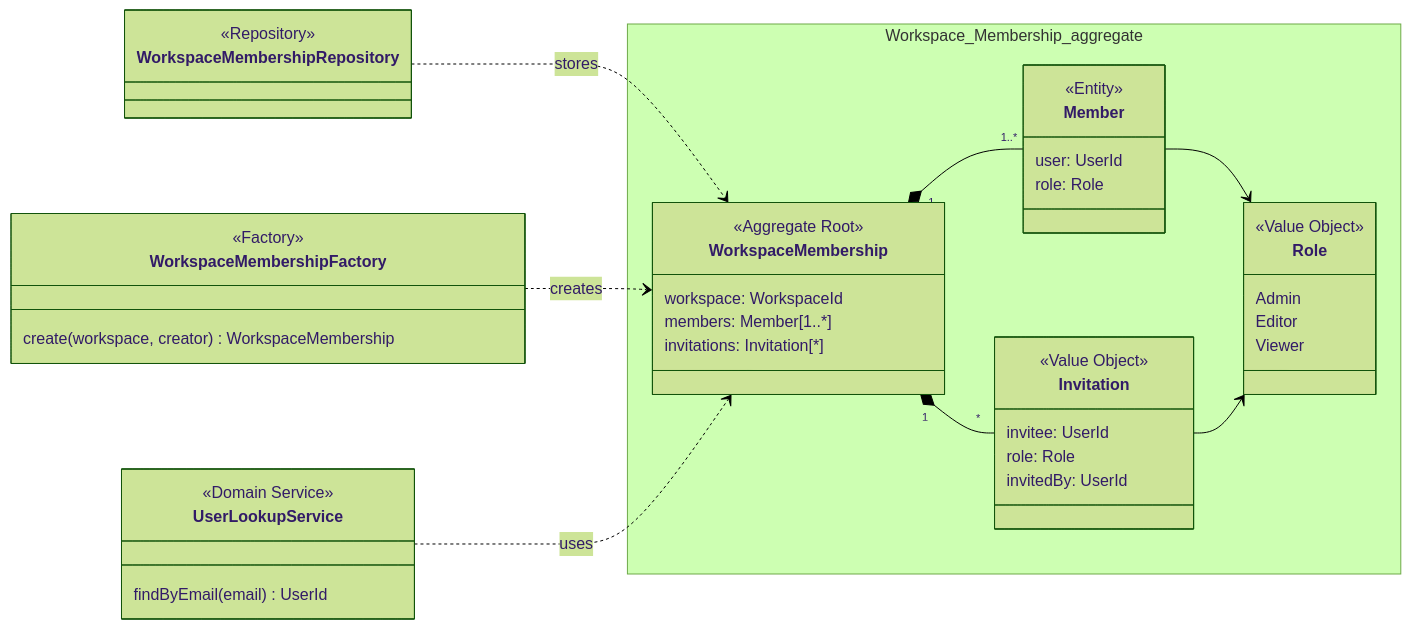
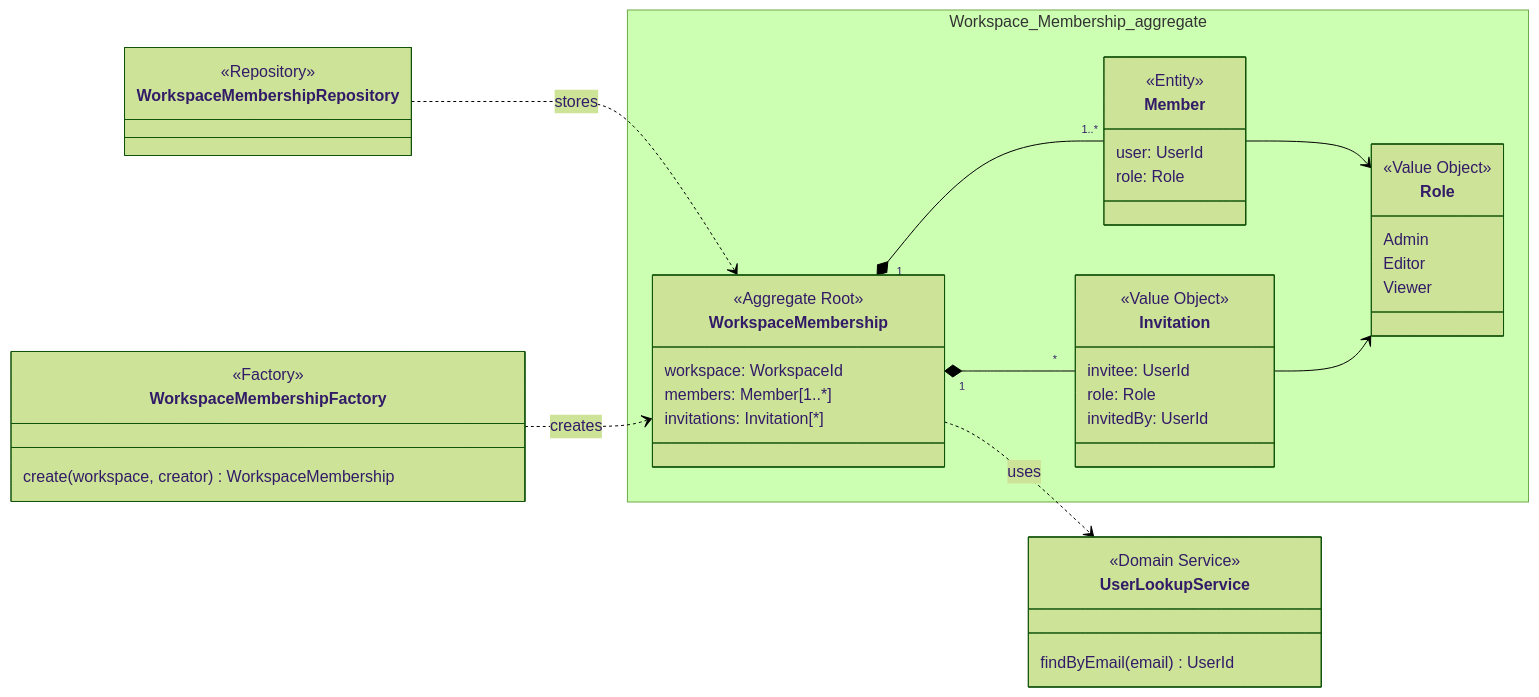
Before and after one commit to Bending-Forks/gotion: the second of 5 diagrams in _includes/tactical-design.md, drawn with Mermaid (forest theme). The commit also changed 2 other files, not shown here.

Commit message:
docs: add the user lookup to the context map, fix the lookup arrow
- Context Map: Account also answers Membership which user is registered
  with an email address, before an invitation is added
- Membership: the membership uses the UserLookupService, not the reverse

````diff
--- a/_includes/tactical-design.md
+++ b/_includes/tactical-design.md
@@ -122,47 +122,47 @@
 ```mermaid
 classDiagram
   direction LR
   namespace Workspace_Membership_aggregate {
     class WorkspaceMembership {
       <<Aggregate Root>>
       workspace: WorkspaceId
       members: Member[1..*]
       invitations: Invitation[*]
     }
     class Member {
       <<Entity>>
       user: UserId
       role: Role
     }
     class Invitation {
       <<Value Object>>
       invitee: UserId
       role: Role
       invitedBy: UserId
     }
     class Role {
       <<Value Object>>
       Admin
       Editor
       Viewer
     }
   }
   class WorkspaceMembershipRepository {
     <<Repository>>
   }
   class WorkspaceMembershipFactory {
     <<Factory>>
     create(workspace, creator) WorkspaceMembership
   }
   class UserLookupService {
     <<Domain Service>>
     findByEmail(email) UserId
   }
   WorkspaceMembership "1" *-- "1..*" Member
   WorkspaceMembership "1" *-- "*" Invitation
   Member --> Role
   Invitation --> Role
   WorkspaceMembershipRepository ..> WorkspaceMembership : stores
   WorkspaceMembershipFactory ..> WorkspaceMembership : creates
-  UserLookupService ..> WorkspaceMembership : uses
+  WorkspaceMembership ..> UserLookupService : uses
 ```
````
